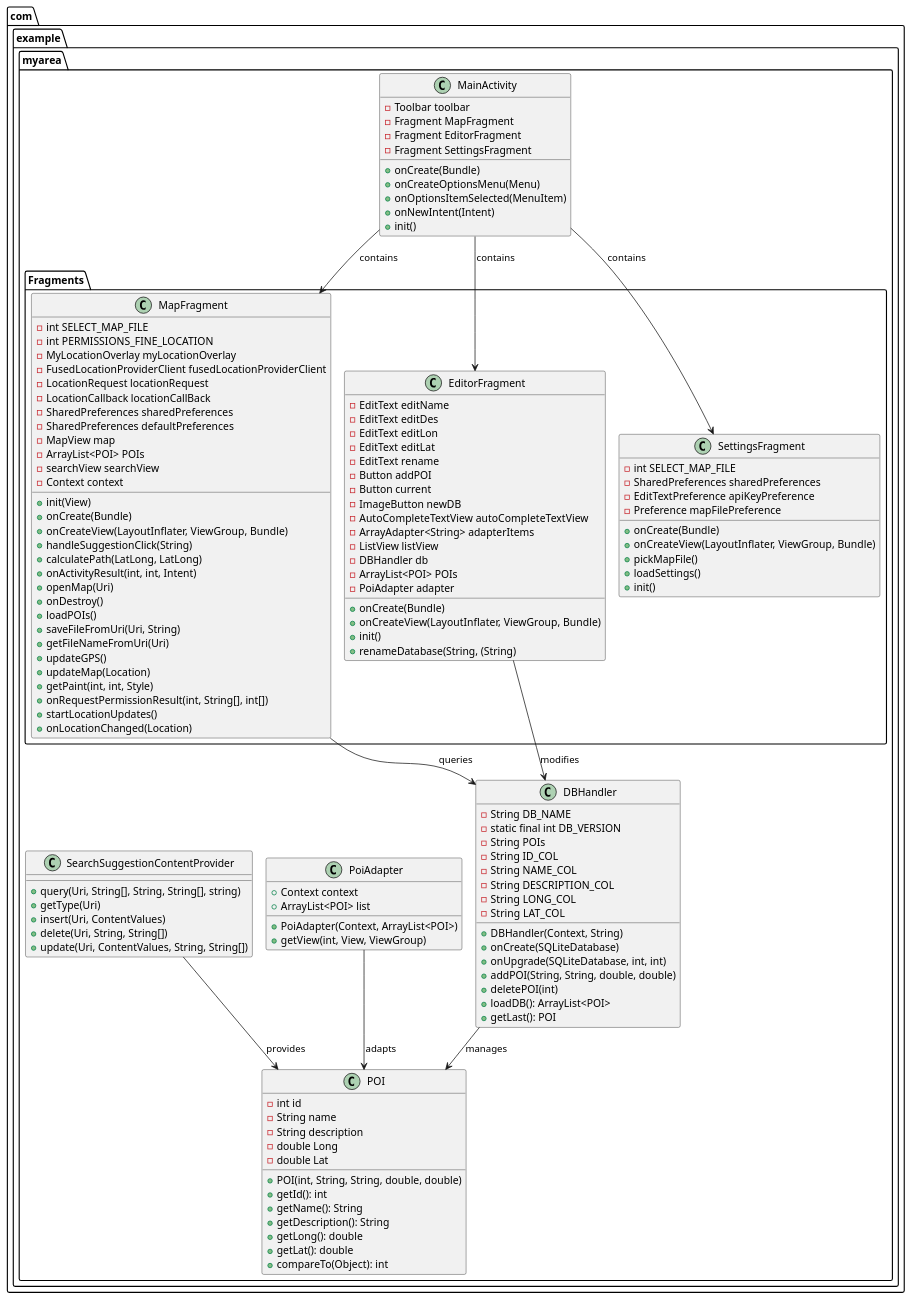
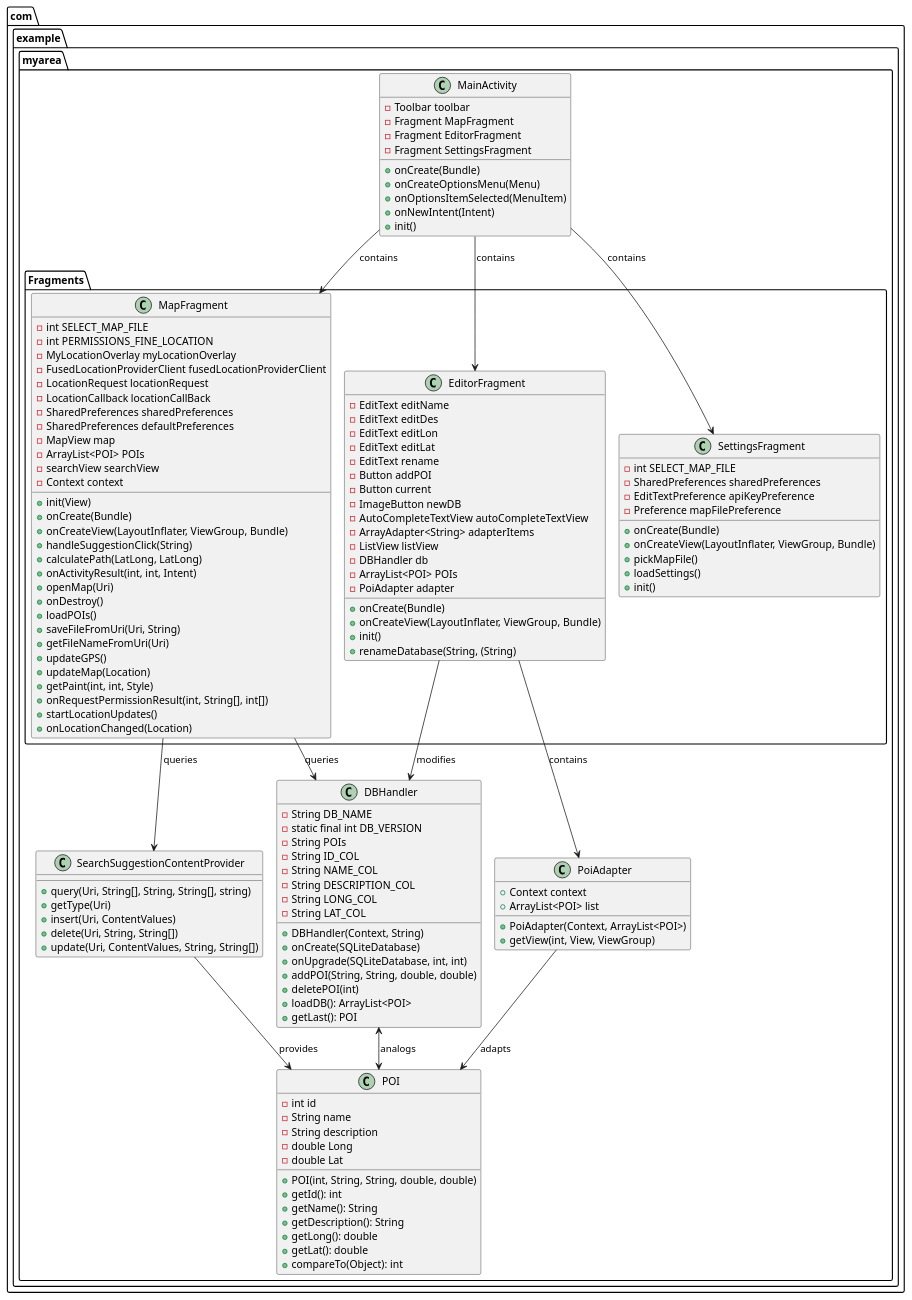
One commit to agent457/MyArea changed the diagram in app/UML.puml. Above: the diagram before and after it, drawn with PlantUML. The commit also changed 15 other files, not shown here.

```diff
--- a/app/UML.puml
+++ b/app/UML.puml
@@ -1,156 +1,158 @@
 @startuml
 !pragma layout smetana
 
 ' Package declaration
 package "com.example.myarea" {
   ' Main Activity
   class MainActivity {
     - Toolbar toolbar
     - Fragment MapFragment
     - Fragment EditorFragment
     - Fragment SettingsFragment
     + onCreate(Bundle)
     + onCreateOptionsMenu(Menu)
     + onOptionsItemSelected(MenuItem)
     + onNewIntent(Intent)
     + init()
   }
 
   ' Data Model
   class POI {
     - int id
     - String name
     - String description
     - double Long
     - double Lat
     + POI(int, String, String, double, double)
     + getId(): int
     + getName(): String
     + getDescription(): String
     + getLong(): double
     + getLat(): double
     + compareTo(Object): int
   }
 
   ' Database Layer
   class DBHandler {
     - String DB_NAME
     - static final int DB_VERSION
     - String POIs
     - String ID_COL
     - String NAME_COL
     - String DESCRIPTION_COL
     - String LONG_COL
     - String LAT_COL
     + DBHandler(Context, String)
     + onCreate(SQLiteDatabase)
     + onUpgrade(SQLiteDatabase, int, int)
     + addPOI(String, String, double, double)
     + deletePOI(int)
     + loadDB(): ArrayList<POI>
     + getLast(): POI
   }
 
   ' UI Components
   package "Fragments" {
     class MapFragment {
       - int SELECT_MAP_FILE
       - int PERMISSIONS_FINE_LOCATION
       - MyLocationOverlay myLocationOverlay
       - FusedLocationProviderClient fusedLocationProviderClient
       - LocationRequest locationRequest
       - LocationCallback locationCallBack
       - SharedPreferences sharedPreferences
       - SharedPreferences defaultPreferences
       - MapView map
       - ArrayList<POI> POIs
       - searchView searchView
       - Context context
 
 
       + init(View)
       + onCreate(Bundle)
       + onCreateView(LayoutInflater, ViewGroup, Bundle)
       + handleSuggestionClick(String)
       + calculatePath(LatLong, LatLong)
       + onActivityResult(int, int, Intent)
       + openMap(Uri)
       + onDestroy()
       + loadPOIs()
       + saveFileFromUri(Uri, String)
       + getFileNameFromUri(Uri)
       + updateGPS()
       + updateMap(Location)
       + getPaint(int, int, Style)
       + onRequestPermissionResult(int, String[], int[])
       + startLocationUpdates()
       + onLocationChanged(Location)
     }
 
     class EditorFragment {
       - EditText editName
       - EditText editDes
       - EditText editLon
       - EditText editLat
       - EditText rename
       - Button addPOI
       - Button current
       - ImageButton newDB
       - AutoCompleteTextView autoCompleteTextView
       - ArrayAdapter<String> adapterItems
       - ListView listView
       - DBHandler db
       - ArrayList<POI> POIs
       - PoiAdapter adapter
 
       + onCreate(Bundle)
       + onCreateView(LayoutInflater, ViewGroup, Bundle)
       + init()
       + renameDatabase(String, (String)
     }
 
     class SettingsFragment {
       - int SELECT_MAP_FILE
       - SharedPreferences sharedPreferences
       - EditTextPreference apiKeyPreference
       - Preference mapFilePreference
 
       + onCreate(Bundle)
       + onCreateView(LayoutInflater, ViewGroup, Bundle)
       + pickMapFile()
       + loadSettings()
       + init()
     }
   }
 
   ' Adapters and Providers
   class PoiAdapter {
     + Context context
     + ArrayList<POI> list
 
     + PoiAdapter(Context, ArrayList<POI>)
     + getView(int, View, ViewGroup)
   }
 
   class SearchSuggestionContentProvider {
     + query(Uri, String[], String, String[], string)
     + getType(Uri)
     + insert(Uri, ContentValues)
     + delete(Uri, String, String[])
     + update(Uri, ContentValues, String, String[])
   }
 }
 
 ' Relationships
 MainActivity --> MapFragment : contains
 MainActivity --> EditorFragment : contains
 MainActivity --> SettingsFragment : contains
+EditorFragment --> PoiAdapter : contains
 
-DBHandler --> POI : manages >
+DBHandler <--> POI : analogs >
 PoiAdapter --> POI : adapts >
 SearchSuggestionContentProvider --> POI : provides >
 
+MapFragment --> SearchSuggestionContentProvider : queries >
 MapFragment --> DBHandler : queries >
 EditorFragment --> DBHandler : modifies >
 
 @enduml
```
